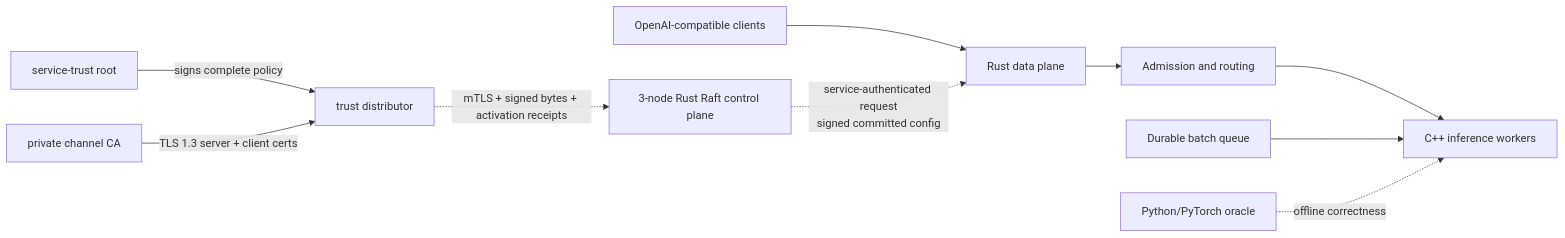
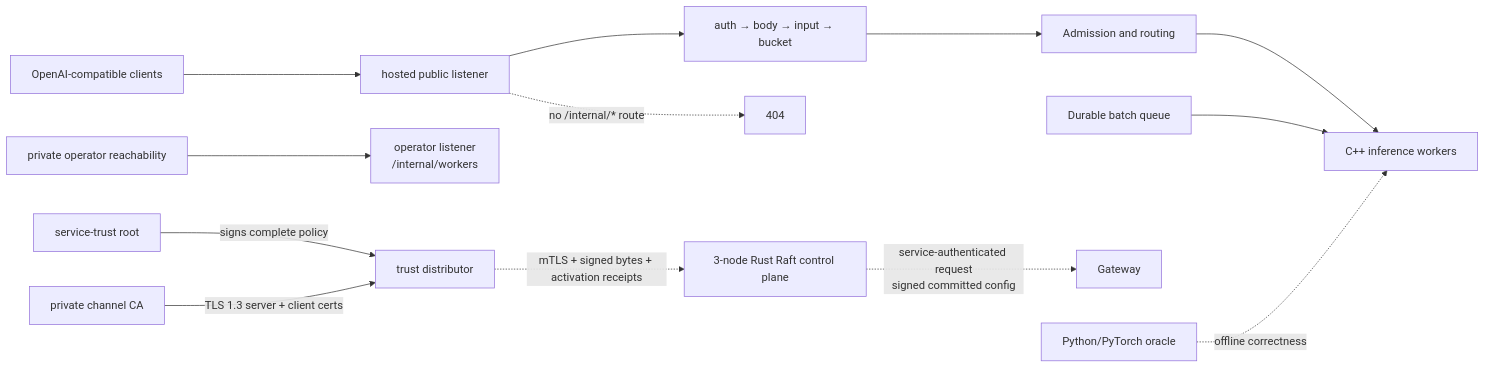
The diagram in docs/PRD.md (conan505/inferLab), drawn with Mermaid before and after one commit. The commit also changed other lines of this file and 55 other files, not shown here.

Commit message:
feat(v0.28): isolate the hosted public edge

````diff
--- a/docs/PRD.md
+++ b/docs/PRD.md
@@ -507,12 +554,15 @@
 ```mermaid
 flowchart LR
-    Client["OpenAI-compatible clients"] --> Gateway["Rust data plane"]
-    Gateway --> Admission["Admission and routing"]
+    Client["OpenAI-compatible clients"] --> Public["hosted public listener"]
+    Public --> Gate["auth → body → input → bucket"]
+    Public -. "no /internal/* route" .-> Hidden["404"]
+    Gate --> Admission["Admission and routing"]
     Admission --> Workers["C++ inference workers"]
+    Operator["private operator reachability"] --> OperatorListener["operator listener<br/>/internal/workers"]
     Batch["Durable batch queue"] --> Workers
     Root["service-trust root"] -->|"signs complete policy"| Distributor["trust distributor"]
     CA["private channel CA"] -->|"TLS 1.3 server + client certs"| Distributor
     Distributor -. "mTLS + signed bytes + activation receipts" .-> Control
     Control["3-node Rust Raft control plane"] -. "service-authenticated request<br/>signed committed config" .-> Gateway
     Ref["Python/PyTorch oracle"] -. "offline correctness" .-> Workers
 ```
````
